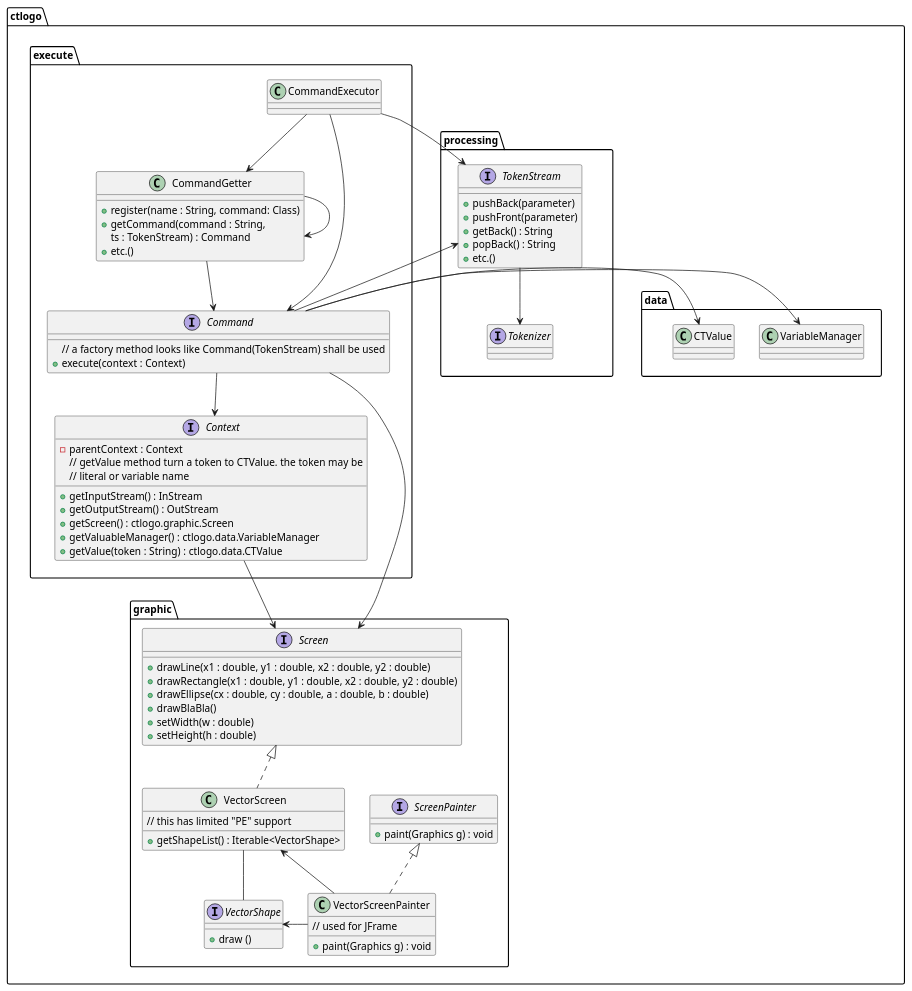
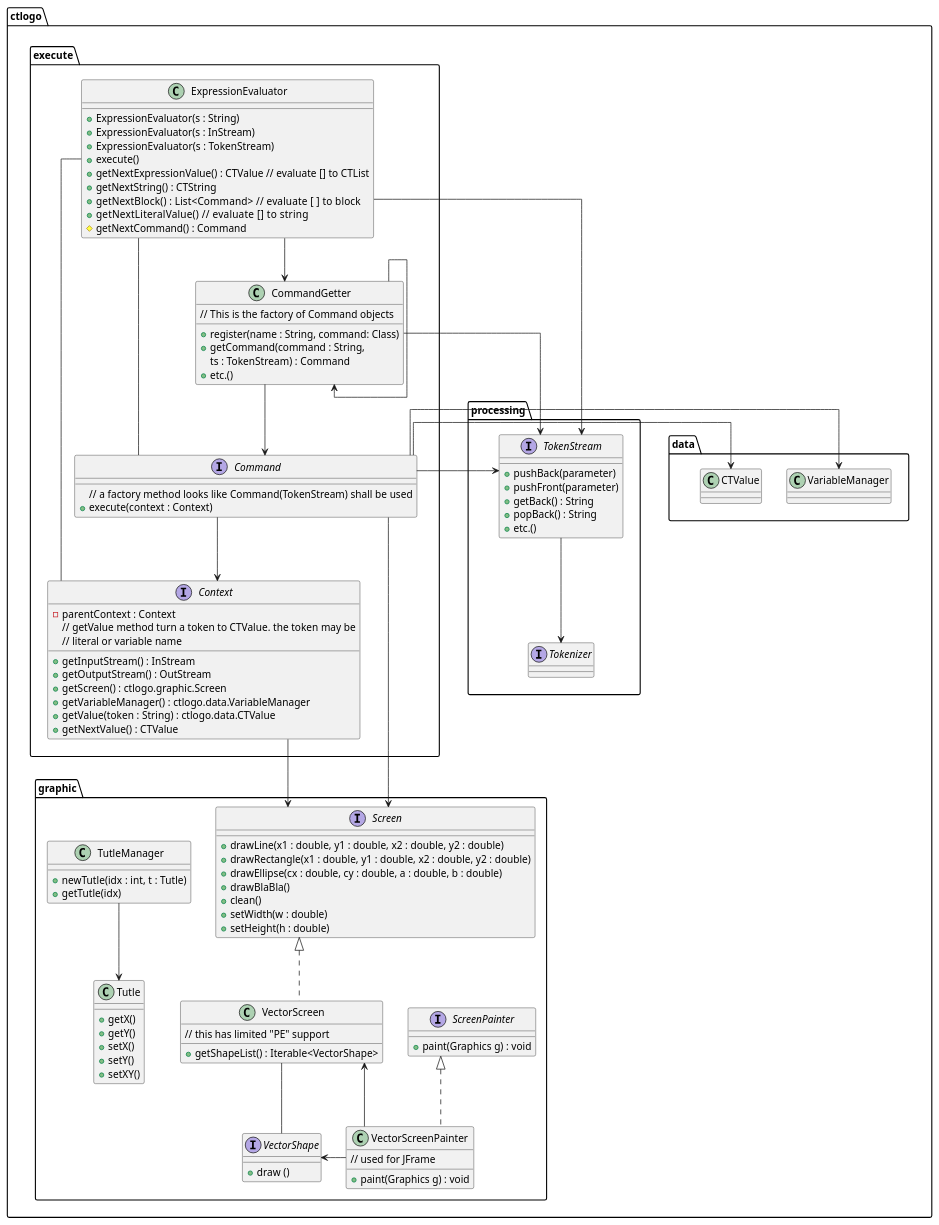
Before and after one commit to yangwenbo99/CTLogo: the first of 4 diagrams in doc/design/overall.md, drawn with PlantUML. The commit also changed other lines of this file and 1 other file, not shown here.

```diff
--- a/doc/design/overall.md
+++ b/doc/design/overall.md
@@ -15,4 +16,6 @@
 @startuml
+
+skinparam linetype ortho
 
 package ctlogo.processing {
     interface Tokenizer {
@@ -30,10 +33,20 @@
 }
 
 package ctlogo.execute {
-    class CommandExecutor {
+    class ExpressionEvaluator {
+        + ExpressionEvaluator(s : String) 
+        + ExpressionEvaluator(s : InStream)
+        + ExpressionEvaluator(s : TokenStream)
+        + execute()
+        + getNextExpressionValue() : CTValue // evaluate [] to CTList
+        + getNextString() : CTString
+        + getNextBlock() : List<Command>   // evaluate [ ] to block
+        + getNextLiteralValue()    // evaluate [] to string
+        # getNextCommand() : Command
     }
 
     class CommandGetter {
+        // This is the factory of Command objects
         + register(name : String, command: Class)
         + getCommand(command : String, 
             ts : TokenStream) : Command
@@ -52,20 +65,23 @@
         + getInputStream() : InStream
         + getOutputStream() : OutStream
         + getScreen() : ctlogo.graphic.Screen
-        + getValuableManager() : ctlogo.data.VariableManager
+        + getVariableManager() : ctlogo.data.VariableManager
         + getValue(token : String) : ctlogo.data.CTValue
             // getValue method turn a token to CTValue. the token may be 
             // literal or variable name 
+        + getNextValue() : CTValue
     }
 
-    CommandExecutor --> CommandGetter
-    CommandExecutor --> Command 
+    ExpressionEvaluator --> CommandGetter
+    ExpressionEvaluator -- Command 
+    ExpressionEvaluator -- Context
 
     CommandGetter --> Command
     Command --> Context
 }
 
-CommandExecutor --> TokenStream
+CommandGetter --> TokenStream
+ExpressionEvaluator --> TokenStream
 Command --> TokenStream
 
 ctlogo.data.VariableManager <- Command 
@@ -77,6 +93,7 @@
         + drawRectangle(x1 : double, y1 : double, x2 : double, y2 : double)
         + drawEllipse(cx : double, cy : double, a : double, b : double)
         + drawBlaBla()
+        + clean() 
         + setWidth(w : double)
         + setHeight(h : double)
     }
@@ -99,6 +116,21 @@
         + getShapeList() : Iterable<VectorShape>
     }
 
+    class Tutle {
+        + getX()
+        + getY()
+        + setX()
+        + setY()
+        + setXY()
+    }
+
+    class TutleManager {
+        + newTutle(idx : int, t : Tutle)
+        + getTutle(idx) 
+    }
+
+    TutleManager --> Tutle
+
     Screen <|.. VectorScreen
 
     VectorScreen -- VectorShape
```
